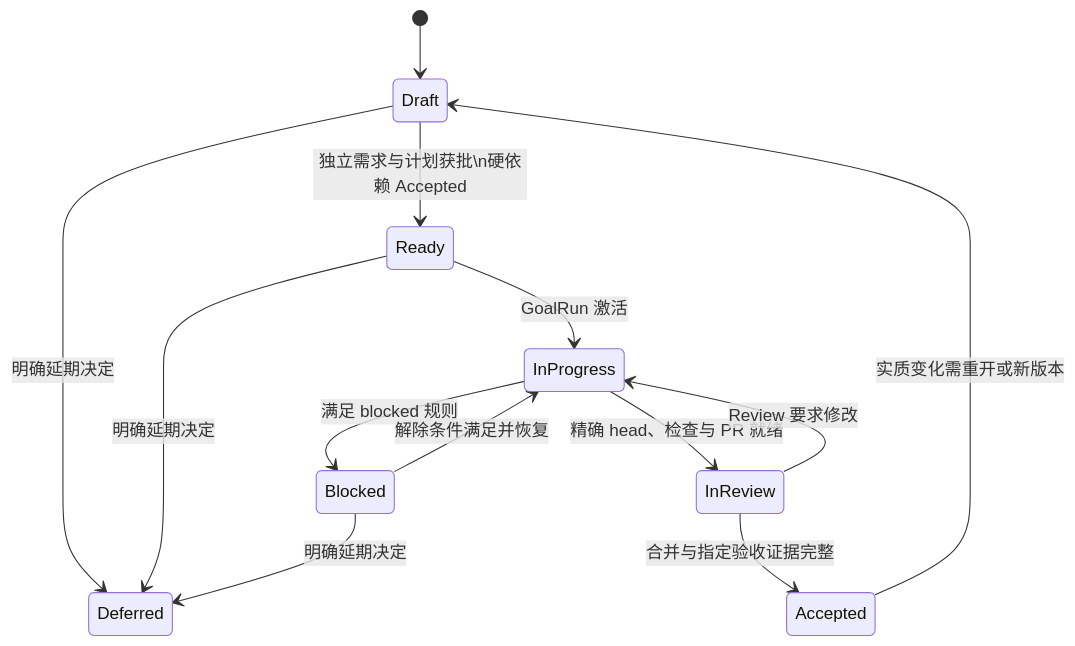
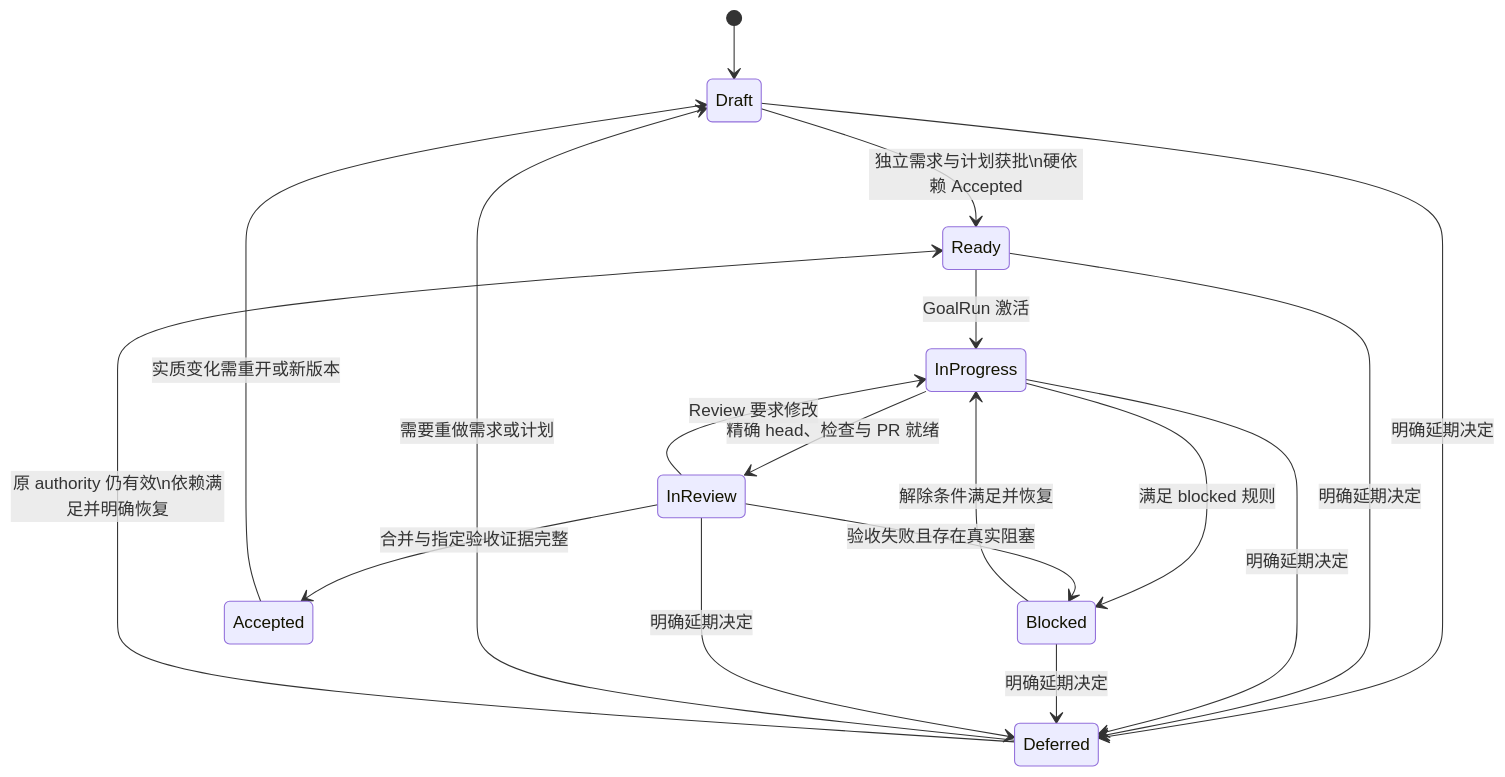
One commit to zhanghao1903/idea-trace-validation changed the second of 3 diagrams in docs/feature/v0-1-project-management/design.md. Above: the diagram before and after it, drawn with Mermaid. The commit also changed other lines of this file and 1 other file, not shown here.

````diff
--- a/docs/feature/v0-1-project-management/design.md
+++ b/docs/feature/v0-1-project-management/design.md
@@ -210,15 +284,20 @@
 ```mermaid
 stateDiagram-v2
     [*] --> Draft
     Draft --> Ready: 独立需求与计划获批\n硬依赖 Accepted
+    Draft --> Deferred: 明确延期决定
     Ready --> InProgress: GoalRun 激活
+    Ready --> Deferred: 明确延期决定
     InProgress --> Blocked: 满足 blocked 规则
+    InProgress --> Deferred: 明确延期决定
     Blocked --> InProgress: 解除条件满足并恢复
+    Blocked --> Deferred: 明确延期决定
     InProgress --> InReview: 精确 head、检查与 PR 就绪
     InReview --> InProgress: Review 要求修改
+    InReview --> Blocked: 验收失败且存在真实阻塞
+    InReview --> Deferred: 明确延期决定
     InReview --> Accepted: 合并与指定验收证据完整
-    Draft --> Deferred: 明确延期决定
-    Ready --> Deferred: 明确延期决定
-    Blocked --> Deferred: 明确延期决定
+    Deferred --> Draft: 需要重做需求或计划
+    Deferred --> Ready: 原 authority 仍有效\n依赖满足并明确恢复
     Accepted --> Draft: 实质变化需重开或新版本
 ```
````
